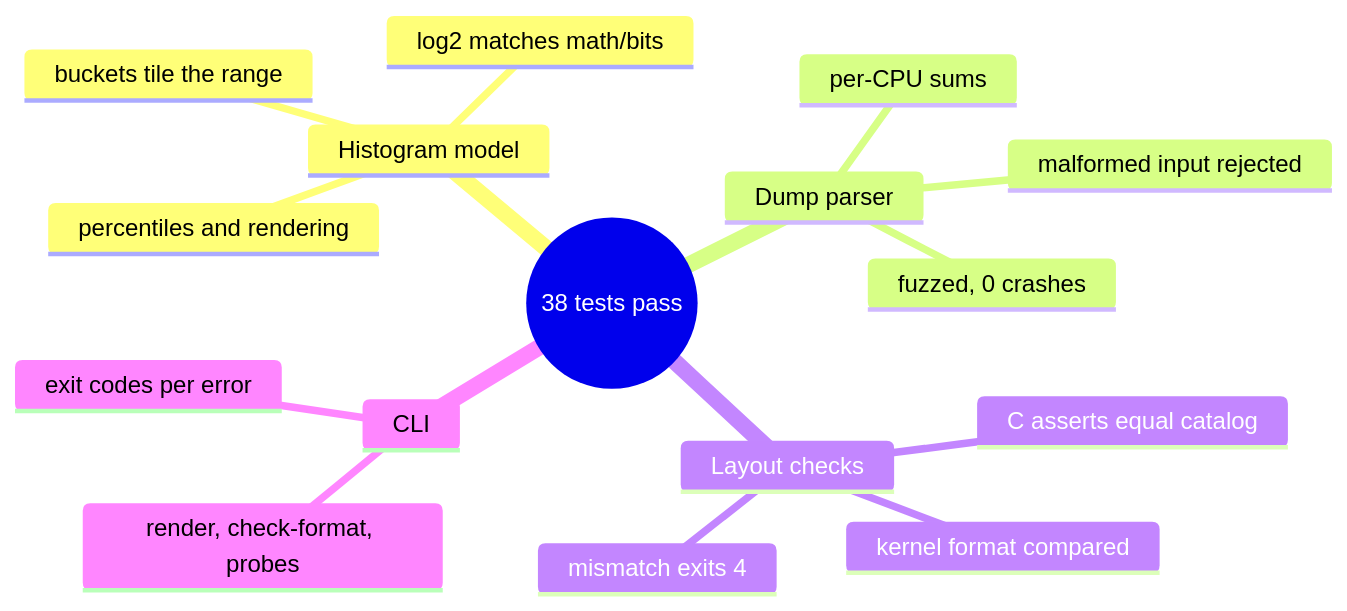
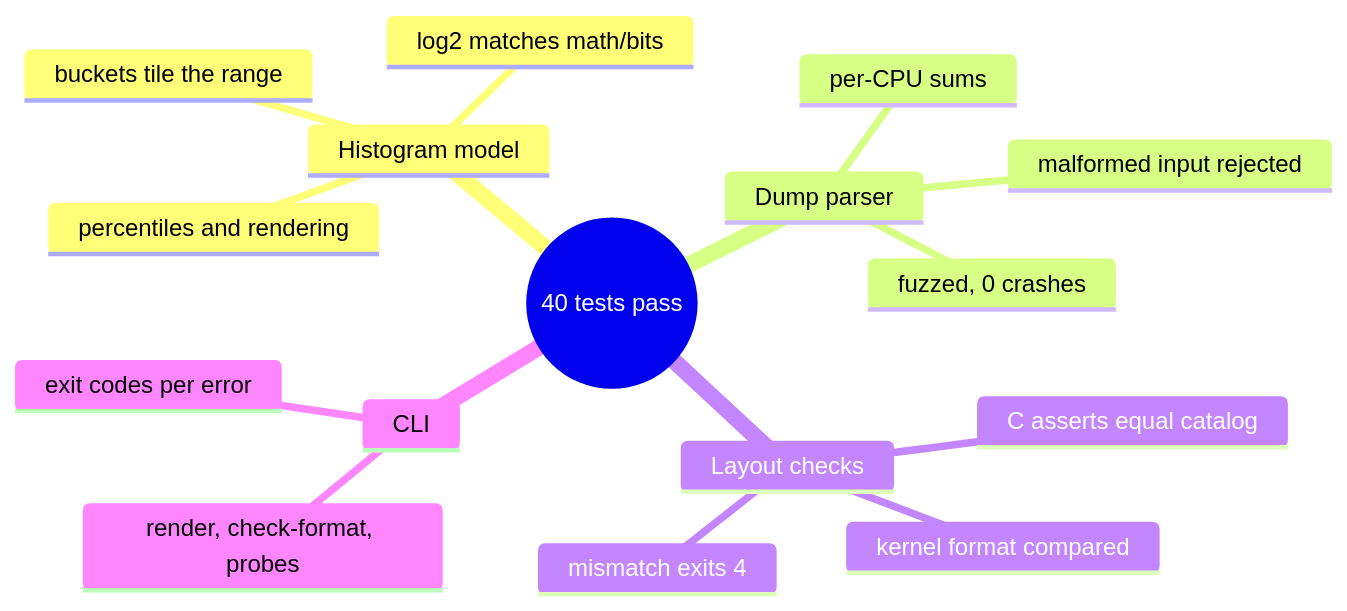
One commit to EquinoxWN/ebpf-latency-profiler changed the second of 2 diagrams in README.md. Above: the diagram before and after it, drawn with Mermaid. The commit also changed other lines of this file and 6 other files, not shown here.

````diff
--- a/README.md
+++ b/README.md
@@ -141,19 +144,19 @@
 ```mermaid
 mindmap
-  root((38 tests pass))
+  root((40 tests pass))
     Histogram model
       log2 matches math/bits
       buckets tile the range
       percentiles and rendering
     Dump parser
       per-CPU sums
       malformed input rejected
       fuzzed, 0 crashes
     Layout checks
       C asserts equal catalog
       kernel format compared
       mismatch exits 4
     CLI
       render, check-format, probes
       exit codes per error
 ```
````
